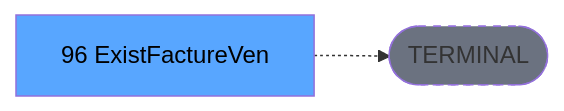
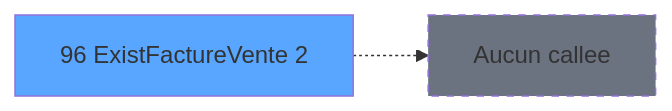
Before and after one commit to thonyAGP/lecteur-magic: the third of 3 diagrams in .openspec/specs/ADH-IDE-96.md, drawn with Mermaid. The commit also changed other lines of this file and 96 other files, not shown here.

````diff
--- a/.openspec/specs/ADH-IDE-96.md
+++ b/.openspec/specs/ADH-IDE-96.md
@@ -137,8 +189,8 @@
 ```mermaid
 graph LR
-    T[96 ExistFactureVen]
-    TERM([TERMINAL])
-    T -.-> TERM
-    style TERM fill:#6b7280,stroke-dasharray: 5 5
-    style T fill:#58a6ff,color:#000
+    T96[96 ExistFactureVente 2]
+    style T96 fill:#58a6ff
+    NONE[Aucun callee]
+    T96 -.-> NONE
+    style NONE fill:#6b7280,stroke-dasharray: 5 5
 ```
````
